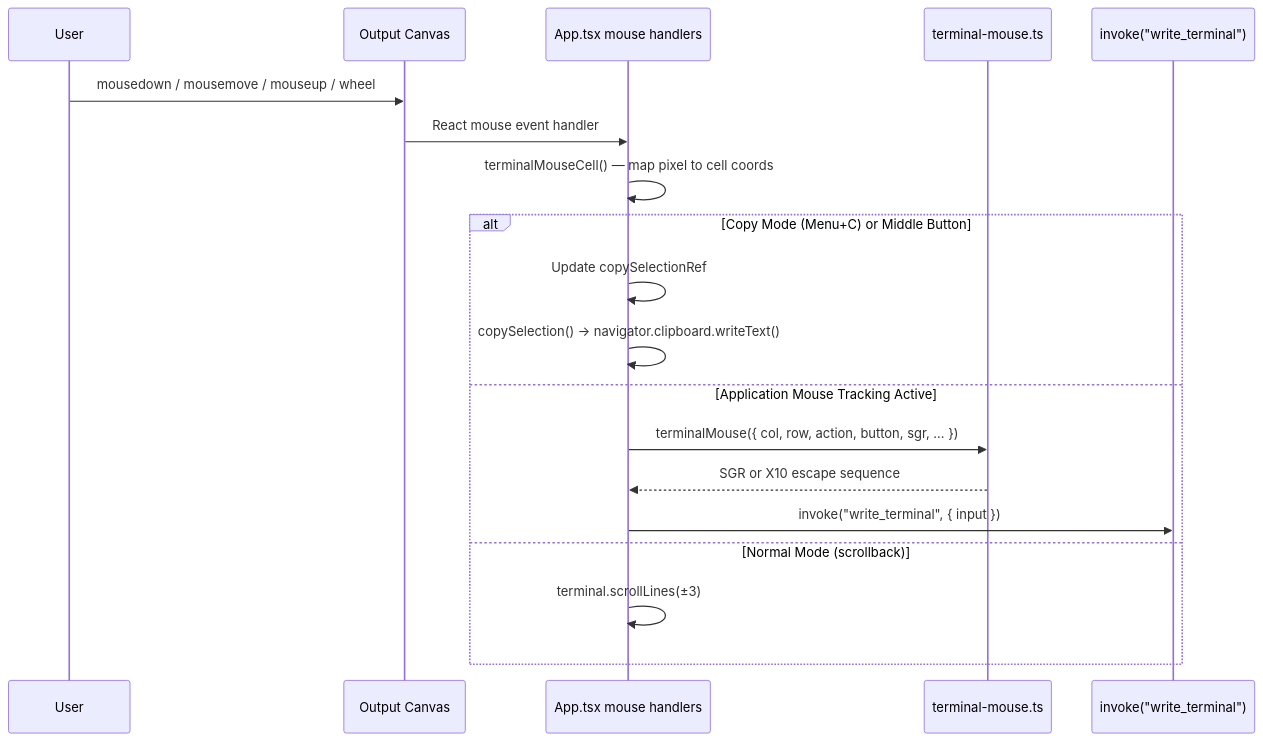
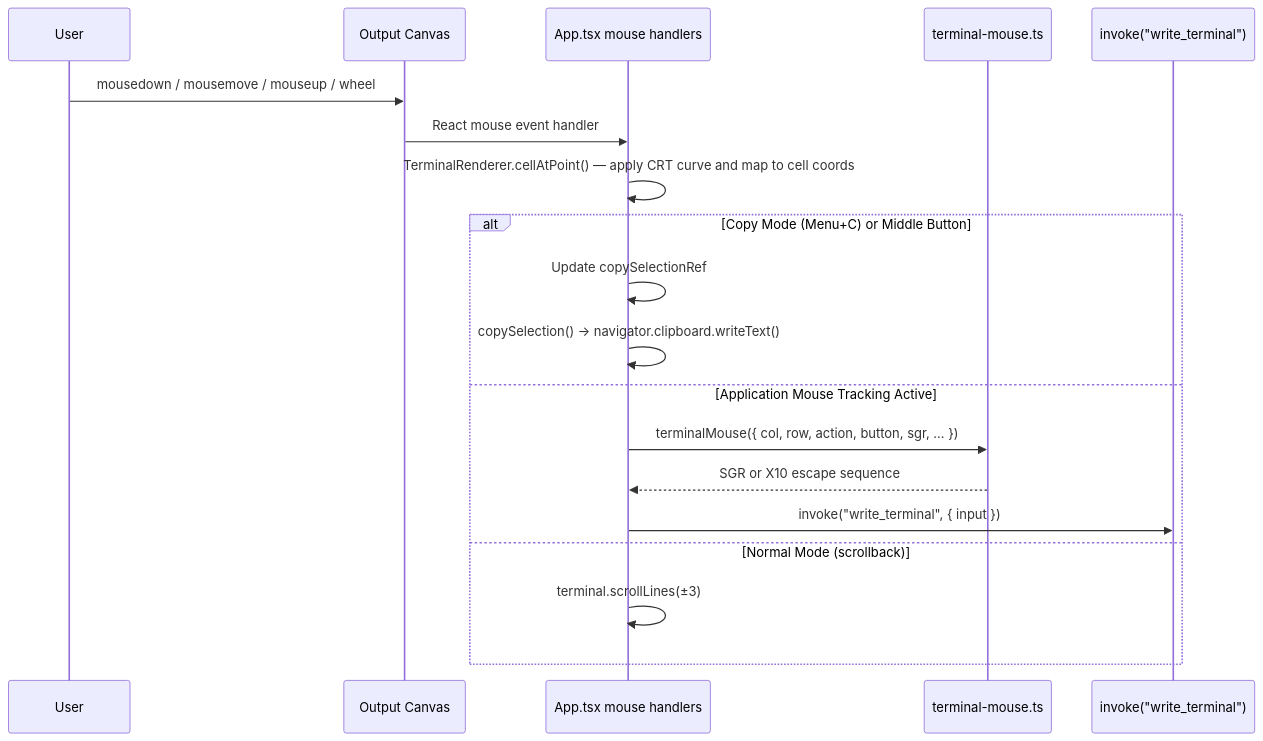
The fourth of 5 diagrams in docs/02-architecture.md (z-hunter/Scanline-Term), drawn with Mermaid before and after one commit. The commit also changed other lines of this file and 14 other files, not shown here.

````diff
--- a/docs/02-architecture.md
+++ b/docs/02-architecture.md
@@ -151,22 +151,22 @@
 ```mermaid
 sequenceDiagram
     participant User as User
     participant Canvas as Output Canvas
     participant App as App.tsx mouse handlers
     participant Mouse as terminal-mouse.ts
     participant Invoke as invoke("write_terminal")
 
     User->>Canvas: mousedown / mousemove / mouseup / wheel
     Canvas->>App: React mouse event handler
-    App->>App: terminalMouseCell() — map pixel to cell coords
+    App->>App: TerminalRenderer.cellAtPoint() — apply CRT curve and map to cell coords
     alt Copy Mode (Menu+C) or Middle Button
         App->>App: Update copySelectionRef
         App->>App: copySelection() → navigator.clipboard.writeText()
     else Application Mouse Tracking Active
         App->>Mouse: terminalMouse({ col, row, action, button, sgr, ... })
         Mouse-->>App: SGR or X10 escape sequence
         App->>Invoke: invoke("write_terminal", { input })
     else Normal Mode (scrollback)
         App->>App: terminal.scrollLines(±3)
     end
 ```
````
